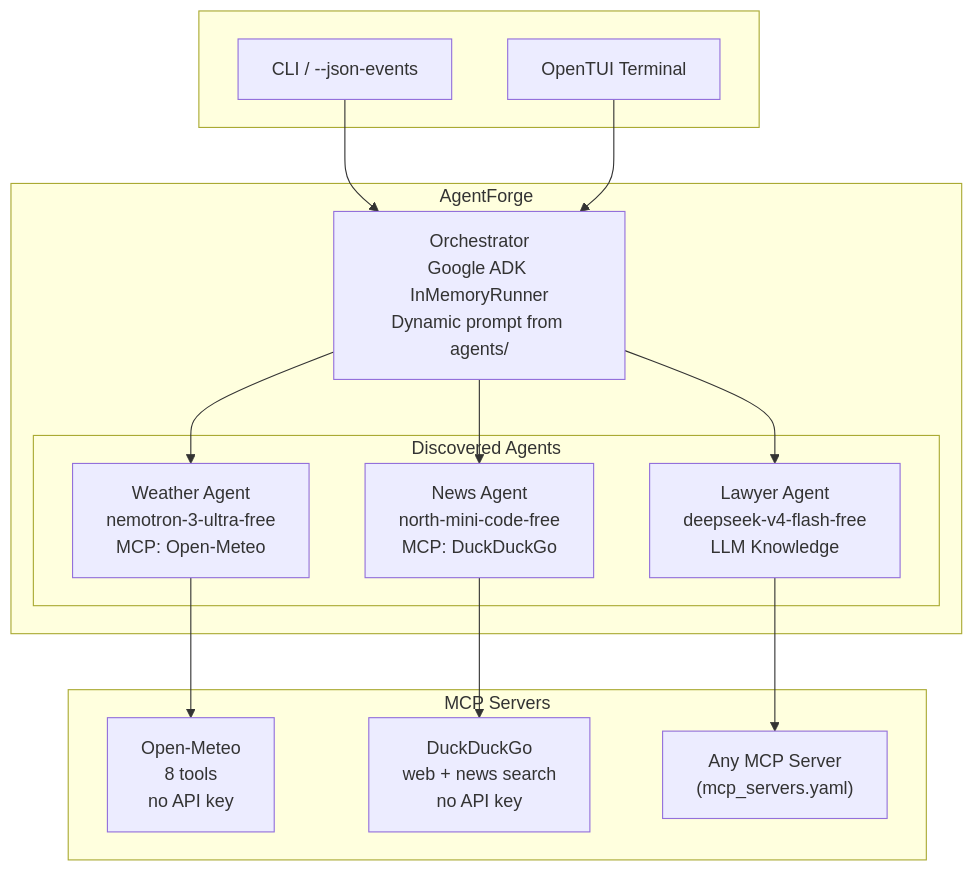
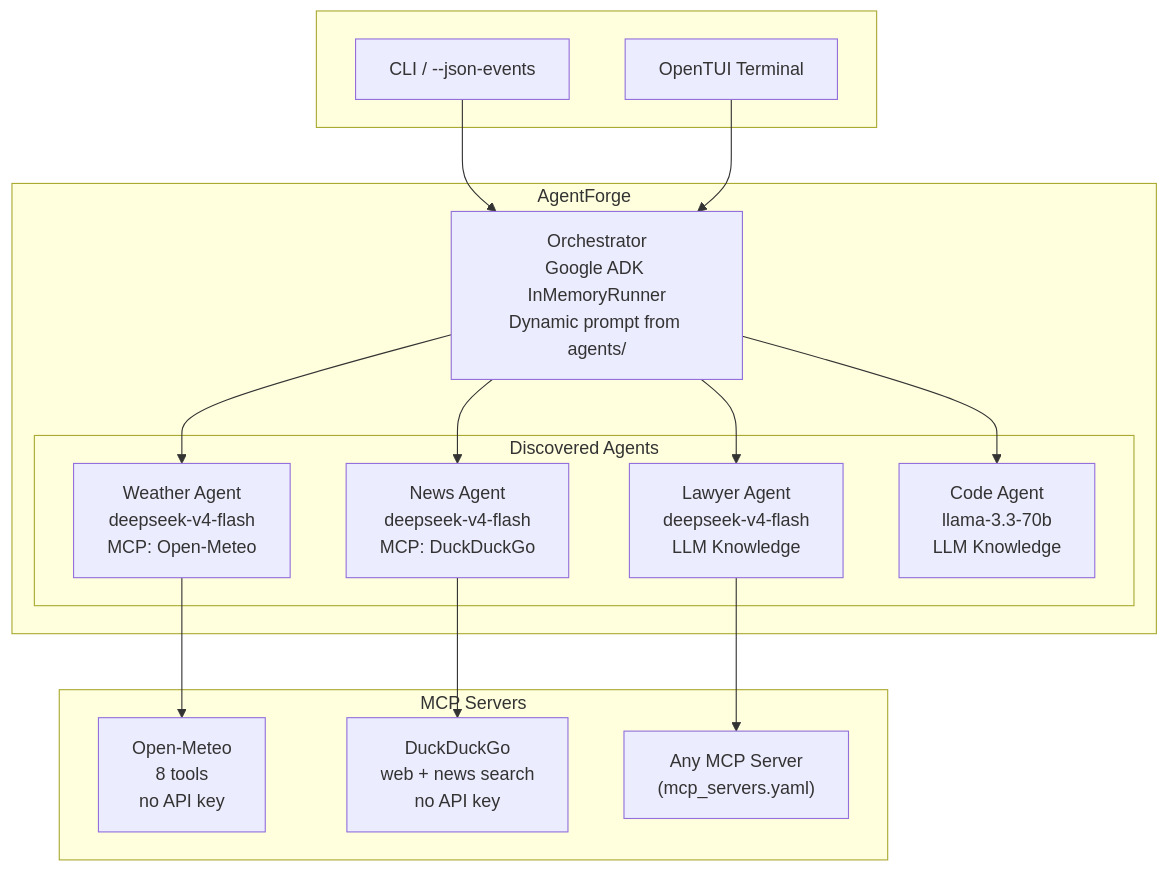
The diagram in README.md (FranckyCastell/agentforge), drawn with Mermaid before and after one commit. The commit also changed other lines of this file and 24 other files, not shown here.

````diff
--- a/README.md
+++ b/README.md
@@ -30,32 +30,34 @@
 ```mermaid
 flowchart TD
   subgraph User[" "]
     CLI["CLI / --json-events"]
     TUI["OpenTUI Terminal"]
   end
 
   subgraph Forge["AgentForge"]
     ORQ["Orchestrator<br/>Google ADK InMemoryRunner<br/>Dynamic prompt from agents/"]
     
     subgraph Agents["Discovered Agents"]
-      W["Weather Agent<br/>nemotron-3-ultra-free<br/>MCP: Open-Meteo"]
-      N["News Agent<br/>north-mini-code-free<br/>MCP: DuckDuckGo"]
-      L["Lawyer Agent<br/>deepseek-v4-flash-free<br/>LLM Knowledge"]
+      W["Weather Agent<br/>deepseek-v4-flash<br/>MCP: Open-Meteo"]
+      N["News Agent<br/>deepseek-v4-flash<br/>MCP: DuckDuckGo"]
+      L["Lawyer Agent<br/>deepseek-v4-flash<br/>LLM Knowledge"]
+      C["Code Agent<br/>llama-3.3-70b<br/>LLM Knowledge"]
     end
   end
 
   subgraph MCP["MCP Servers"]
     OM["Open-Meteo<br/>8 tools<br/>no API key"]
     DDG["DuckDuckGo<br/>web + news search<br/>no API key"]
     ANY["Any MCP Server<br/>(mcp_servers.yaml)"]
   end
 
   CLI --> ORQ
   TUI --> ORQ
   ORQ --> W
   ORQ --> N
   ORQ --> L
+  ORQ --> C
   W --> OM
   N --> DDG
   L --> ANY
 ```
````
